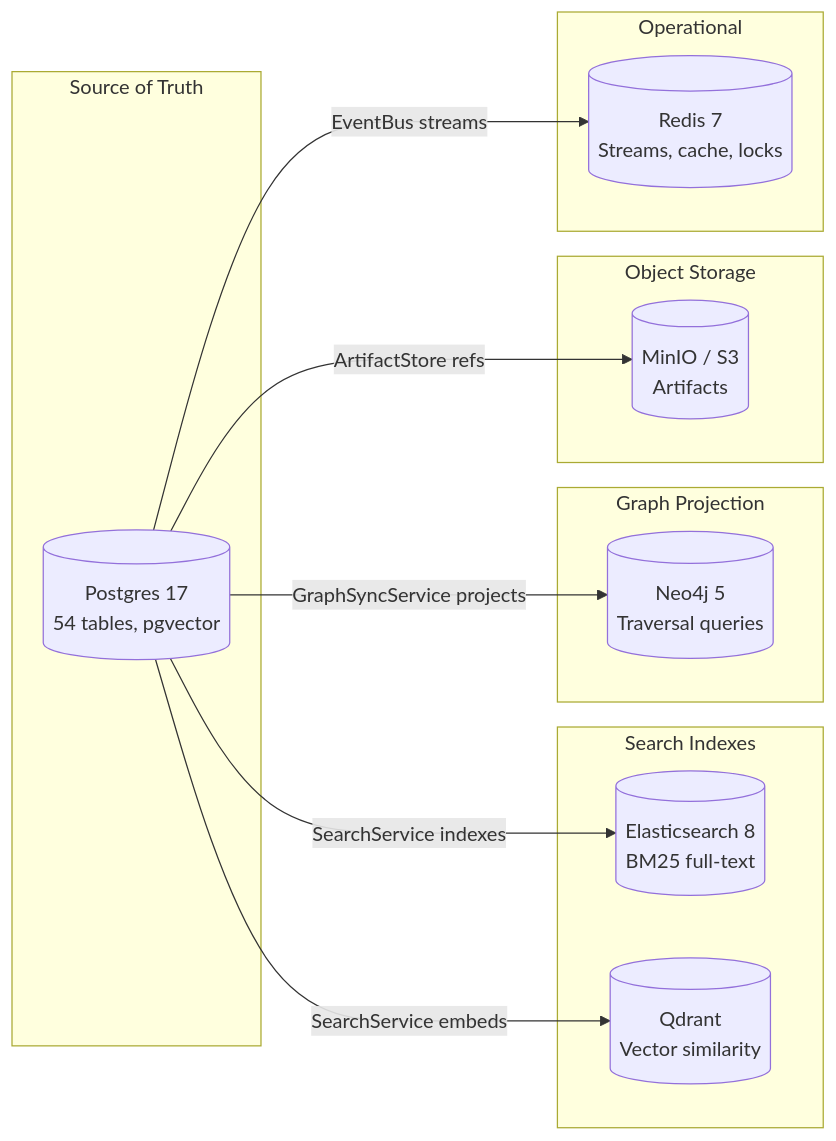
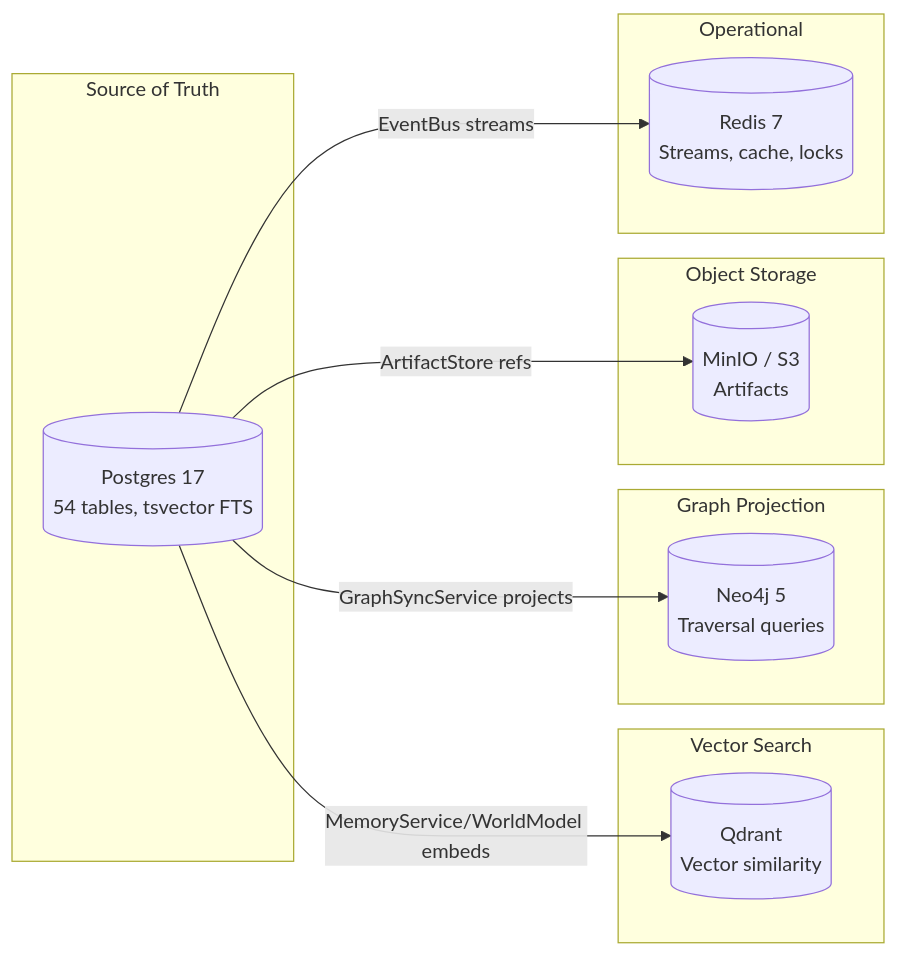
Before and after one commit to shivadharmi/muldro: the second of 2 diagrams in docs/architecture/data-model.md, drawn with Mermaid. The commit also changed other lines of this file and 60 other files, not shown here.

First line of the commit message:
refactor: replace Elasticsearch with TriSearch (Qdrant + Postgres FTS + Neo4j)

````diff
--- a/docs/architecture/data-model.md
+++ b/docs/architecture/data-model.md
@@ -271,29 +274,27 @@
 ```mermaid
 graph LR
     subgraph "Source of Truth"
-        PG[(Postgres 17<br/>54 tables, pgvector)]
+        PG[(Postgres 17<br/>54 tables, tsvector FTS)]
     end
 
-    subgraph "Search Indexes"
-        ES[(Elasticsearch 8<br/>BM25 full-text)]
+    subgraph "Vector Search"
         QD[(Qdrant<br/>Vector similarity)]
     end
 
     subgraph "Graph Projection"
         N4J[(Neo4j 5<br/>Traversal queries)]
     end
 
     subgraph "Object Storage"
         S3[(MinIO / S3<br/>Artifacts)]
     end
 
     subgraph "Operational"
         RD[(Redis 7<br/>Streams, cache, locks)]
     end
 
-    PG -->|SearchService indexes| ES
-    PG -->|SearchService embeds| QD
+    PG -->|MemoryService/WorldModel embeds| QD
     PG -->|GraphSyncService projects| N4J
     PG -->|ArtifactStore refs| S3
     PG -->|EventBus streams| RD
 ```
````
